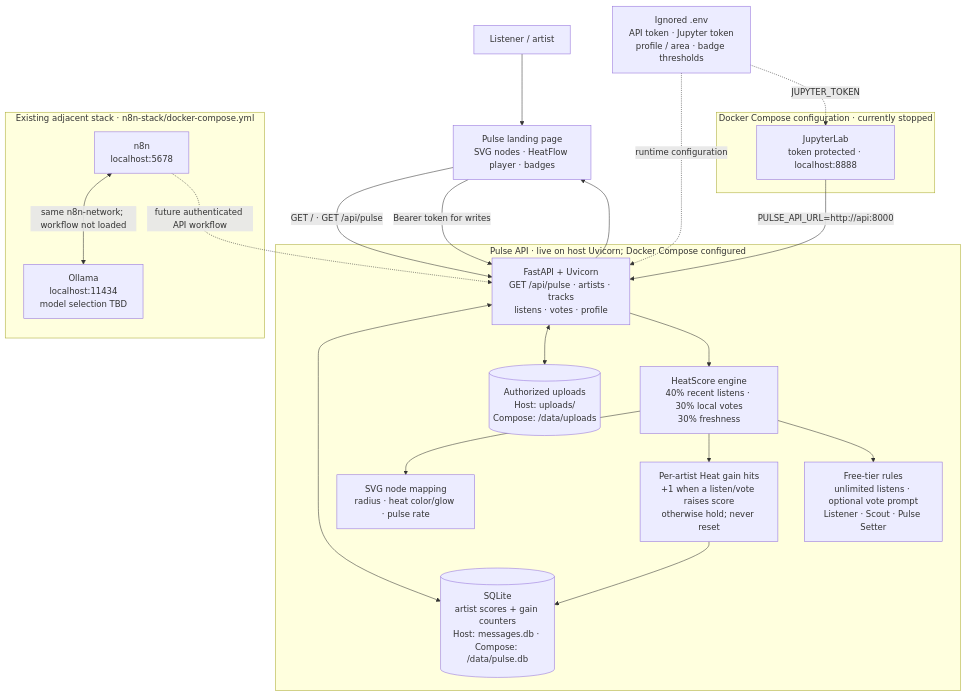
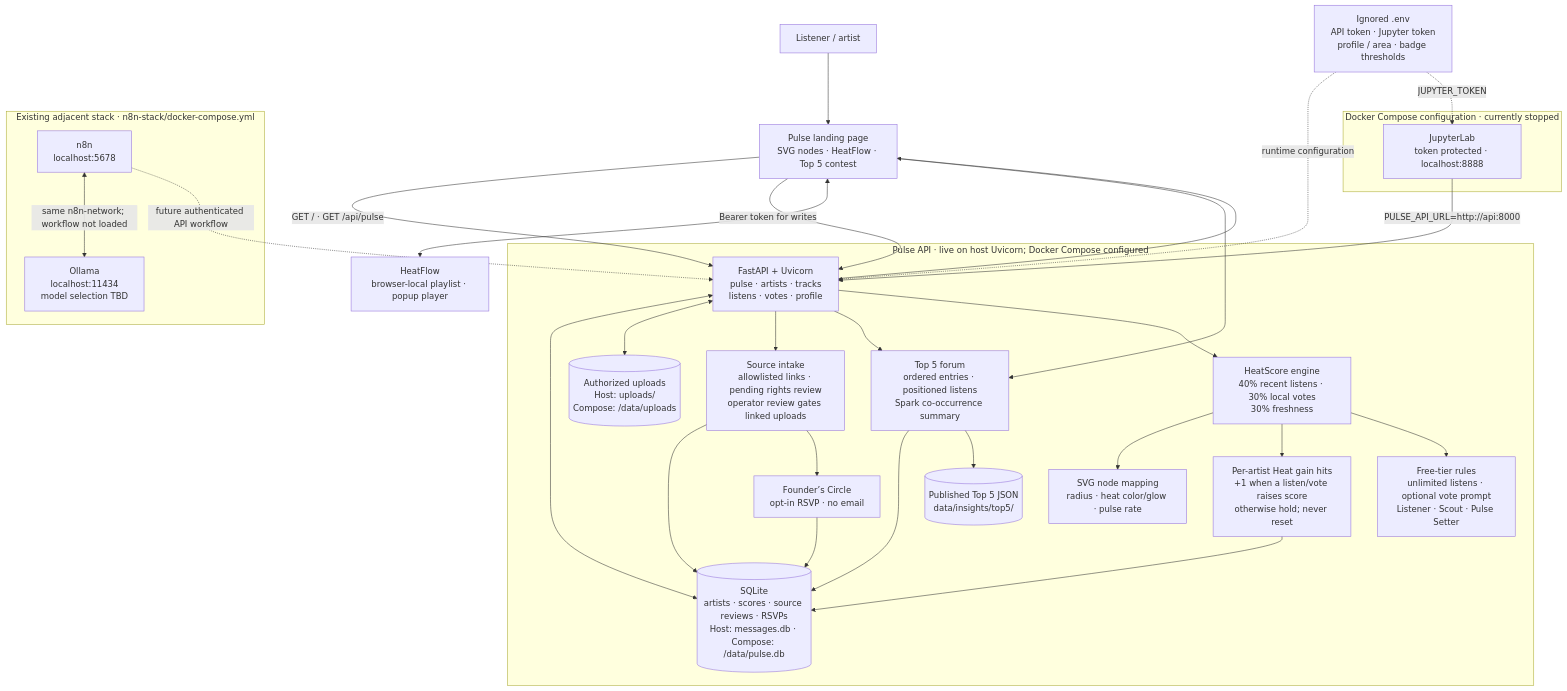
One commit to VocalFalCor/favicon.svg changed the diagram in docs/falcor-pulse-stack.md. Above: the diagram before and after it, drawn with Mermaid. The commit also changed other lines of this file and 10 other files, not shown here.

````diff
--- a/docs/falcor-pulse-stack.md
+++ b/docs/falcor-pulse-stack.md
@@ -5,42 +5,53 @@
 ```mermaid
 flowchart TB
     listener["Listener / artist"]
-    browser["Pulse landing page<br/>SVG nodes · HeatFlow player · badges"]
+    browser["Pulse landing page<br/>SVG nodes · HeatFlow · Top 5 contest"]
+    heatflow["HeatFlow<br/>browser-local playlist · popup player"]
+    top5["Top 5 forum<br/>ordered entries · positioned listens<br/>Spark co-occurrence summary"]
+    archive[("Published Top 5 JSON<br/>data/insights/top5/")]
 
     subgraph pulse["Pulse API · live on host Uvicorn; Docker Compose configured"]
-        api["FastAPI + Uvicorn<br/>GET /api/pulse · artists · tracks<br/>listens · votes · profile"]
+        api["FastAPI + Uvicorn<br/>pulse · artists · tracks<br/>listens · votes · profile"]
+        intake["Source intake<br/>allowlisted links · pending rights review<br/>operator review gates linked uploads"]
+        founders["Founder’s Circle<br/>opt-in RSVP · no email"]
         score["HeatScore engine<br/>40% recent listens · 30% local votes<br/>30% freshness"]
         gains["Per-artist Heat gain hits<br/>+1 when a listen/vote raises score<br/>otherwise hold; never reset"]
         viz["SVG node mapping<br/>radius · heat color/glow · pulse rate"]
-        sqlite[("SQLite<br/>artist scores + gain counters<br/>Host: messages.db · Compose: /data/pulse.db")]
+        sqlite[("SQLite<br/>artists · scores · source reviews · RSVPs<br/>Host: messages.db · Compose: /data/pulse.db")]
         audio[("Authorized uploads<br/>Host: uploads/<br/>Compose: /data/uploads")]
         badges["Free-tier rules<br/>unlimited listens · optional vote prompt<br/>Listener · Scout · Pulse Setter"]
         api <--> sqlite
         api <--> audio
+        api --> intake --> sqlite
+        intake --> founders --> sqlite
+        api --> top5 --> sqlite
+        top5 --> archive
         api --> score
         score --> viz
         score --> gains --> sqlite
         score --> badges
     end
 
     subgraph notebook["Docker Compose configuration · currently stopped"]
         jupyter["JupyterLab<br/>token protected · localhost:8888"]
     end
 
     subgraph adjacent["Existing adjacent stack · n8n-stack/docker-compose.yml"]
         n8n["n8n<br/>localhost:5678"]
         ollama["Ollama<br/>localhost:11434<br/>model selection TBD"]
         n8n <-->|same n8n-network; workflow not loaded| ollama
     end
 
     secrets["Ignored .env<br/>API token · Jupyter token<br/>profile / area · badge thresholds"]
 
     listener --> browser
     browser -->|"GET / · GET /api/pulse"| api
     browser -->|"Bearer token for writes"| api
+    browser <--> heatflow
+    browser --> top5
     api --> browser
     jupyter -->|"PULSE_API_URL=http://api:8000"| api
     secrets -.->|"runtime configuration"| api
     secrets -.->|"JUPYTER_TOKEN"| jupyter
     n8n -.->|"future authenticated API workflow"| api
 ```
````
